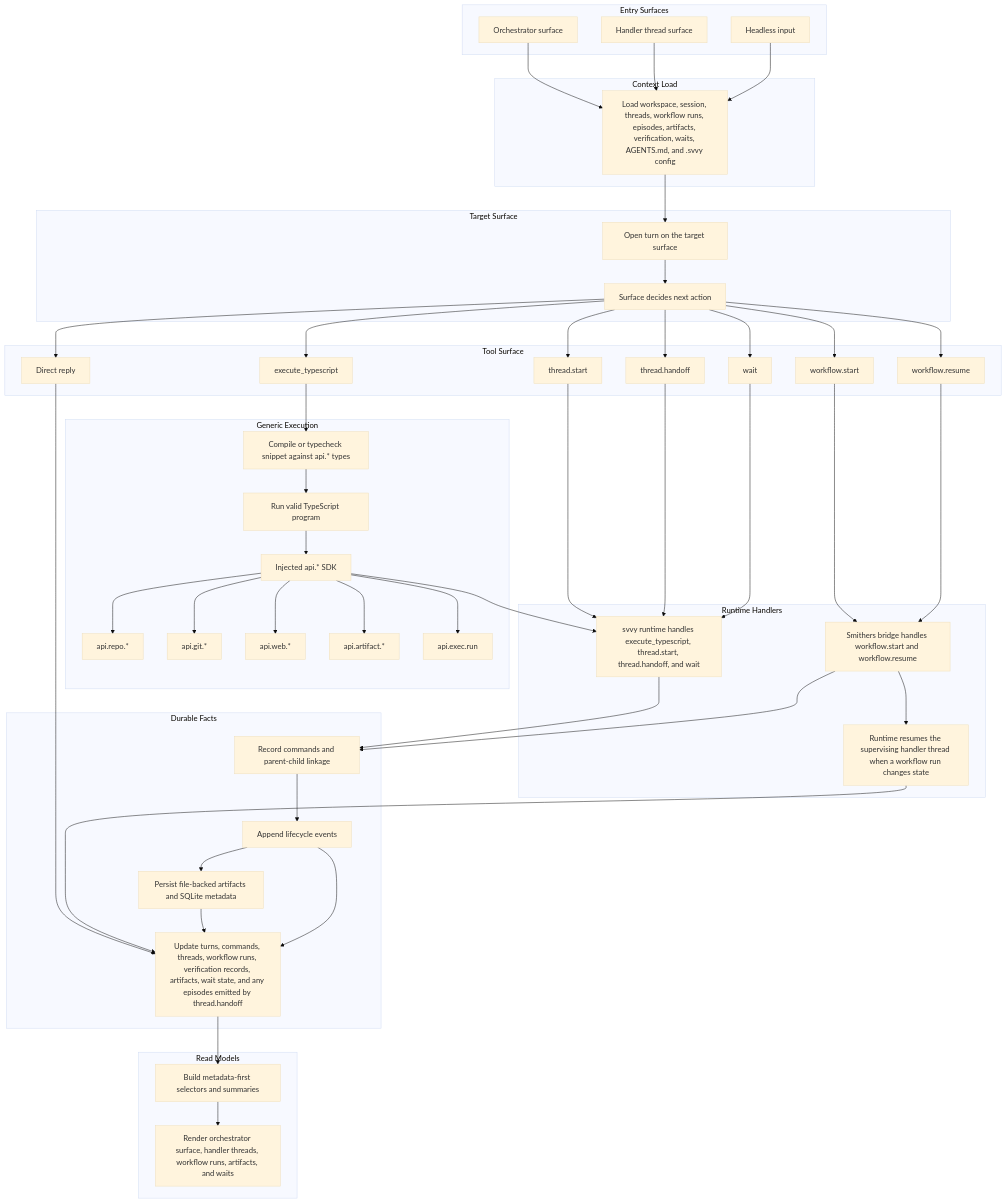
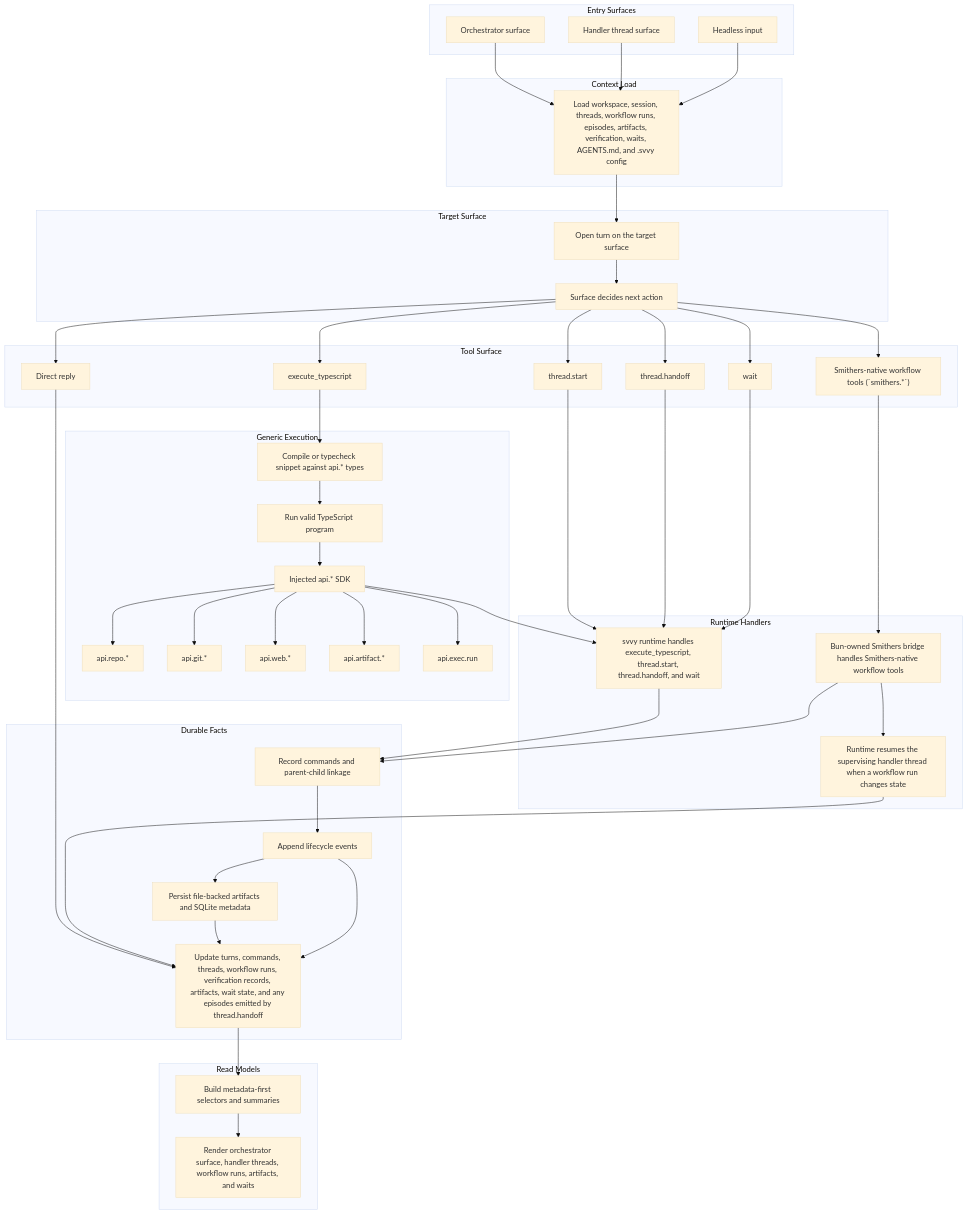
One commit to 0xpolarzero/hellm changed the diagram in docs/execution-model.md. Above: the diagram before and after it, drawn with Mermaid (base theme). The commit also changed other lines of this file and 10 other files, not shown here.

Commit message:
docs: align smithers workflow supervision model

```diff
--- a/docs/execution-model.md
+++ b/docs/execution-model.md
@@ -48,8 +48,7 @@
         Generic["execute_typescript"]
         ThreadStart["thread.start"]
         ThreadHandoff["thread.handoff"]
-        WorkflowStart["workflow.start"]
-        WorkflowResume["workflow.resume"]
+        SmithersTools["Smithers-native workflow tools (`smithers.*`)"]
         Wait["wait"]
         DirectReply["Direct reply"]
     end
@@ -67,7 +66,7 @@
 
     subgraph Runtime["Runtime Handlers"]
         RuntimeHandler["svvy runtime handles execute_typescript, thread.start, thread.handoff, and wait"]
-        SmithersBridge["Smithers bridge handles workflow.start and workflow.resume"]
+        SmithersBridge["Bun-owned Smithers bridge handles Smithers-native workflow tools"]
         ResumeHandler["Runtime resumes the supervising handler thread when a workflow run changes state"]
     end
 
@@ -93,8 +92,7 @@
     Decide --> Generic
     Decide --> ThreadStart
     Decide --> ThreadHandoff
-    Decide --> WorkflowStart
-    Decide --> WorkflowResume
+    Decide --> SmithersTools
     Decide --> Wait
     Decide --> DirectReply
 
@@ -110,8 +108,7 @@
 
     ThreadStart --> RuntimeHandler
     ThreadHandoff --> RuntimeHandler
-    WorkflowStart --> SmithersBridge
-    WorkflowResume --> SmithersBridge
+    SmithersTools --> SmithersBridge
     Wait --> RuntimeHandler
     DirectReply --> State
 
```
